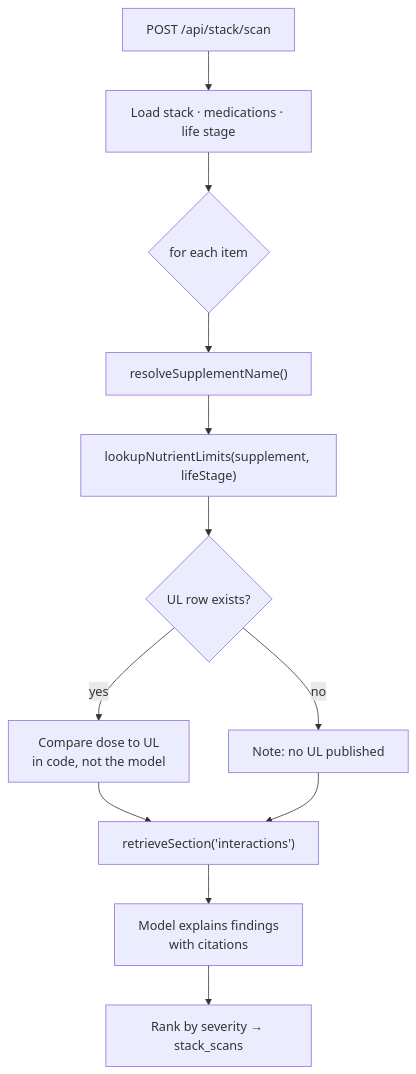
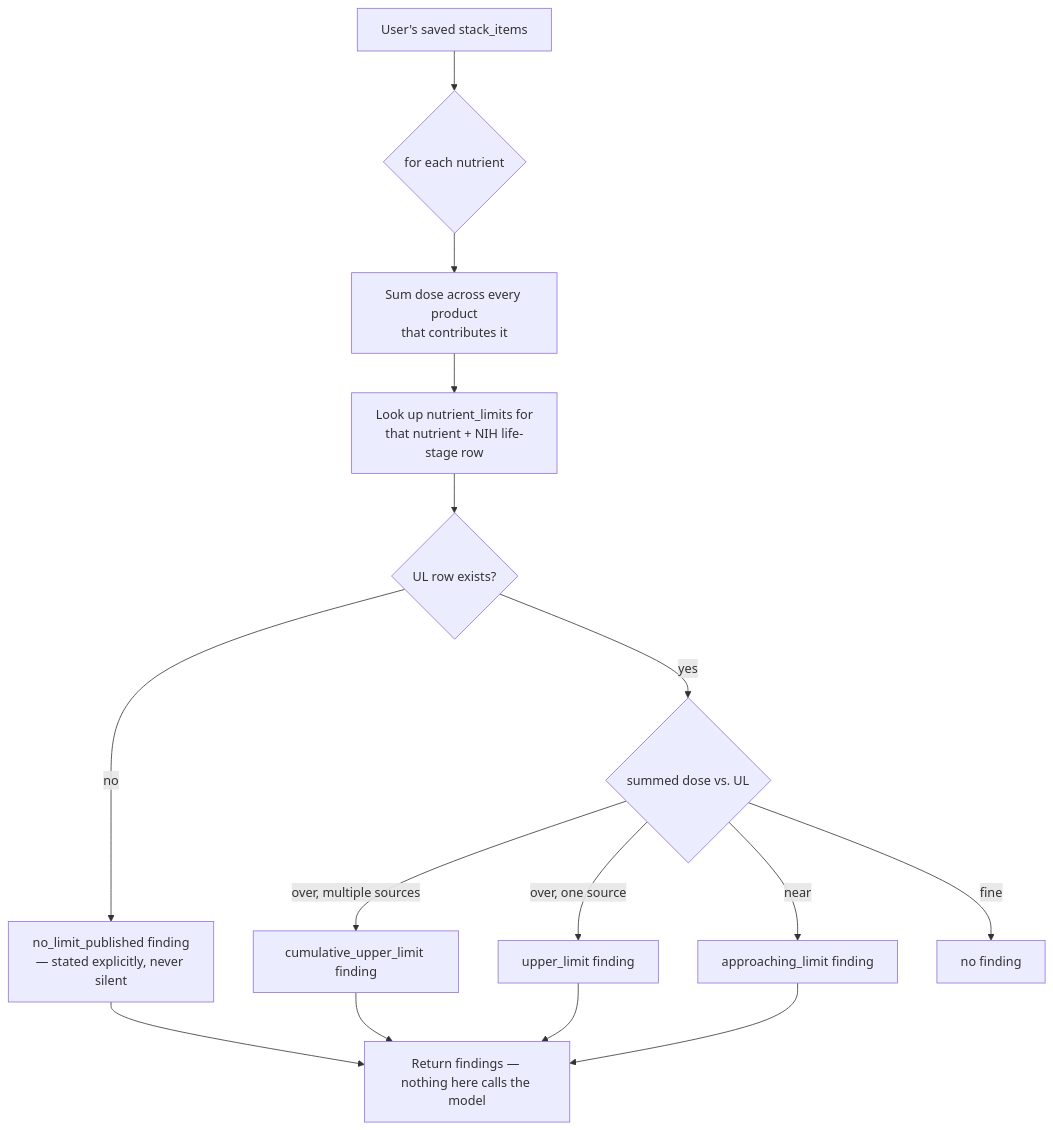
The fourth of 8 diagrams in design.md (notypos/buildphase-notypos-deploy), drawn with Mermaid before and after one commit. The commit also changed other lines of this file and 13 other files, not shown here.

````diff
--- a/design.md
+++ b/design.md
@@ -141,14 +143,17 @@
 ```mermaid
 flowchart TD
-    A["POST /api/stack/scan"] --> B["Load stack · medications · life stage"]
-    B --> C{"for each item"}
-    C --> D["resolveSupplementName()"]
-    D --> E["lookupNutrientLimits(supplement, lifeStage)"]
-    E --> F{"UL row exists?"}
-    F -->|yes| G["Compare dose to UL<br/>in code, not the model"]
-    F -->|no| H["Note: no UL published"]
-    G --> I["retrieveSection('interactions')"]
-    H --> I
-    I --> J["Model explains findings<br/>with citations"]
-    J --> K["Rank by severity → stack_scans"]
+    A["User's saved stack_items"] --> B{"for each nutrient"}
+    B --> C["Sum dose across every product<br/>that contributes it"]
+    C --> D["Look up nutrient_limits for<br/>that nutrient + NIH life-stage row"]
+    D --> E{"UL row exists?"}
+    E -->|no| F["no_limit_published finding<br/>— stated explicitly, never silent"]
+    E -->|yes| G{"summed dose vs. UL"}
+    G -->|over, multiple sources| H["cumulative_upper_limit finding"]
+    G -->|over, one source| I["upper_limit finding"]
+    G -->|near| J["approaching_limit finding"]
+    G -->|fine| K["no finding"]
+    F --> L["Return findings — nothing here calls the model"]
+    H --> L
+    I --> L
+    J --> L
 ```
````
